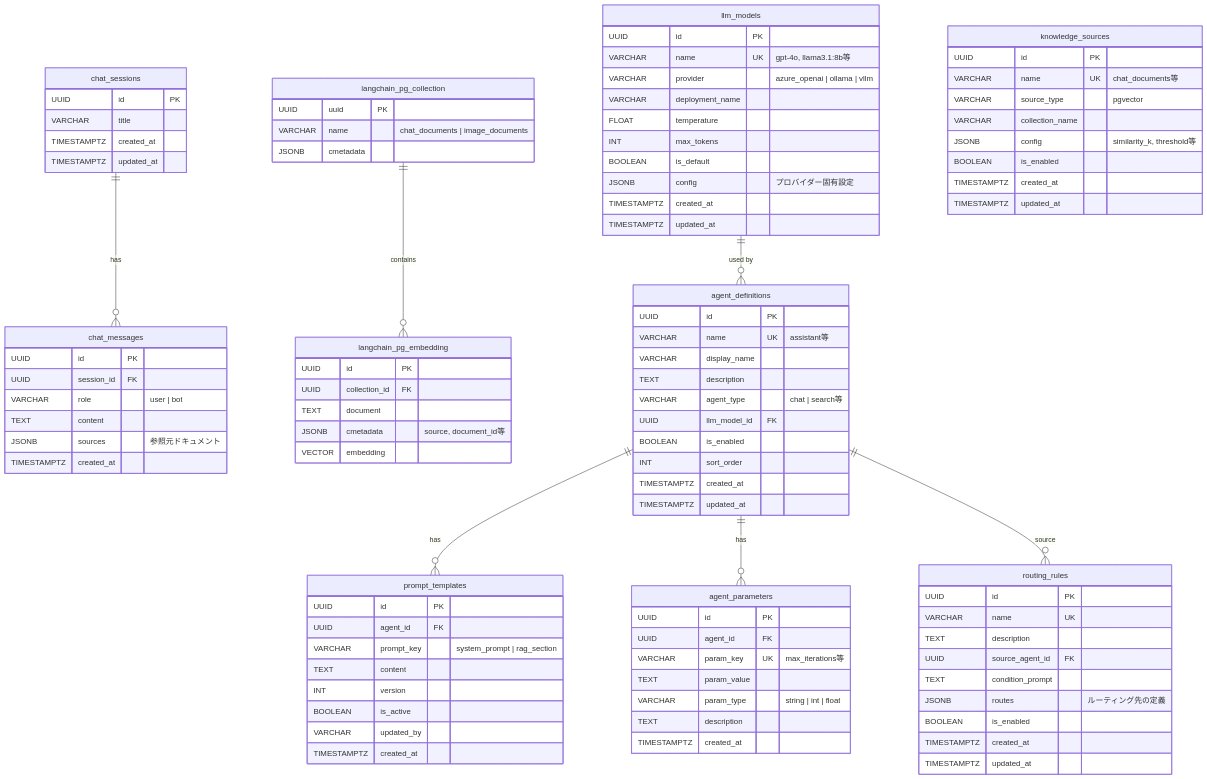
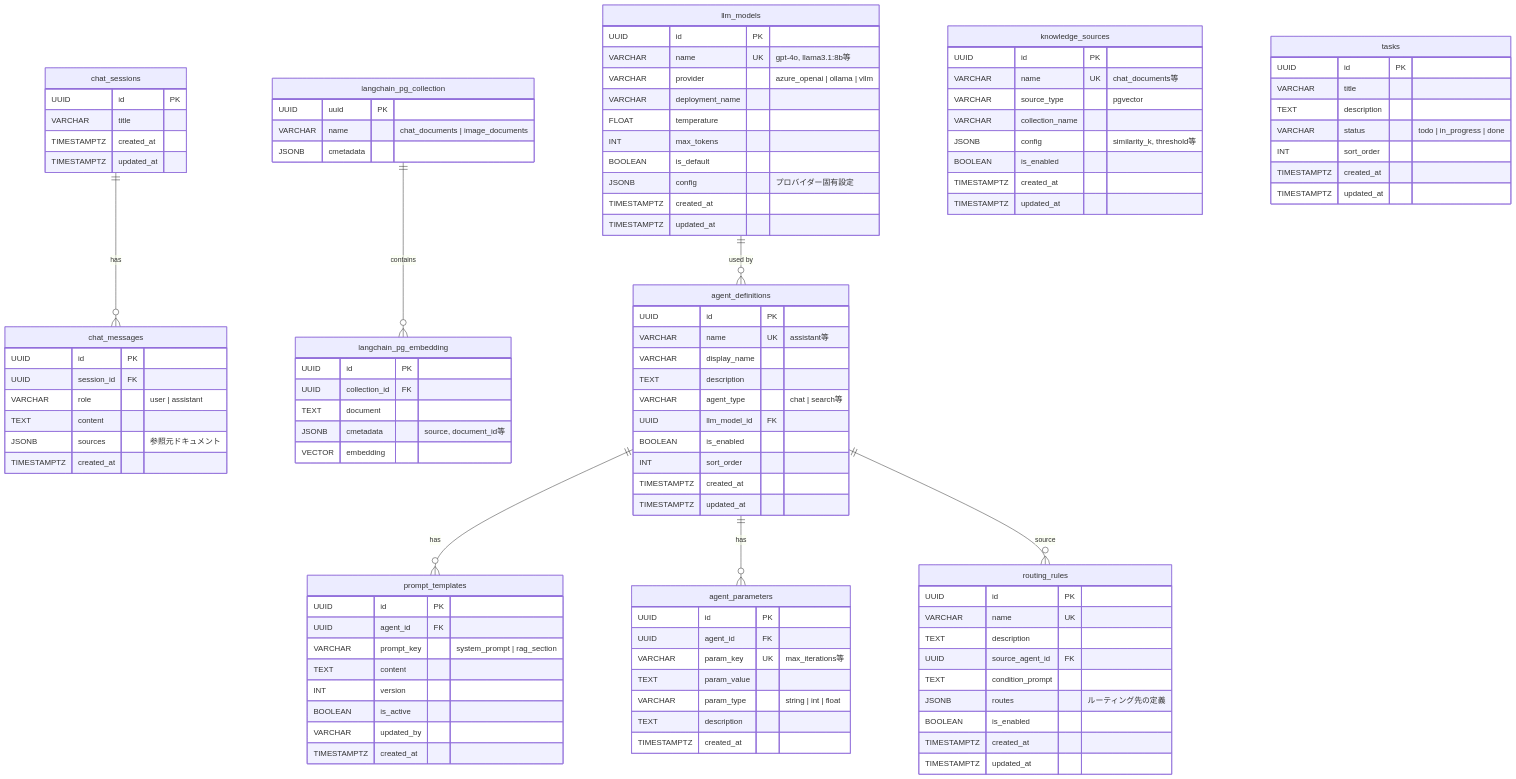
The diagram in docs/er-diagram.md (kazuharayama/chat-sandbox), drawn with Mermaid before and after one commit. The commit also changed other lines of this file and 8 other files, not shown here.

```diff
--- a/docs/er-diagram.md
+++ b/docs/er-diagram.md
@@ -15,7 +15,7 @@
     chat_messages {
         UUID id PK
         UUID session_id FK
-        VARCHAR role "user | bot"
+        VARCHAR role "user | assistant"
         TEXT content
         JSONB sources "参照元ドキュメント"
         TIMESTAMPTZ created_at
@@ -111,6 +111,17 @@
         TIMESTAMPTZ updated_at
     }
 
+    %% === タスク管理系 ===
+    tasks {
+        UUID id PK
+        VARCHAR title
+        TEXT description
+        VARCHAR status "todo | in_progress | done"
+        INT sort_order
+        TIMESTAMPTZ created_at
+        TIMESTAMPTZ updated_at
+    }
+
     llm_models ||--o{ agent_definitions : "used by"
     agent_definitions ||--o{ prompt_templates : "has"
     agent_definitions ||--o{ agent_parameters : "has"
```
